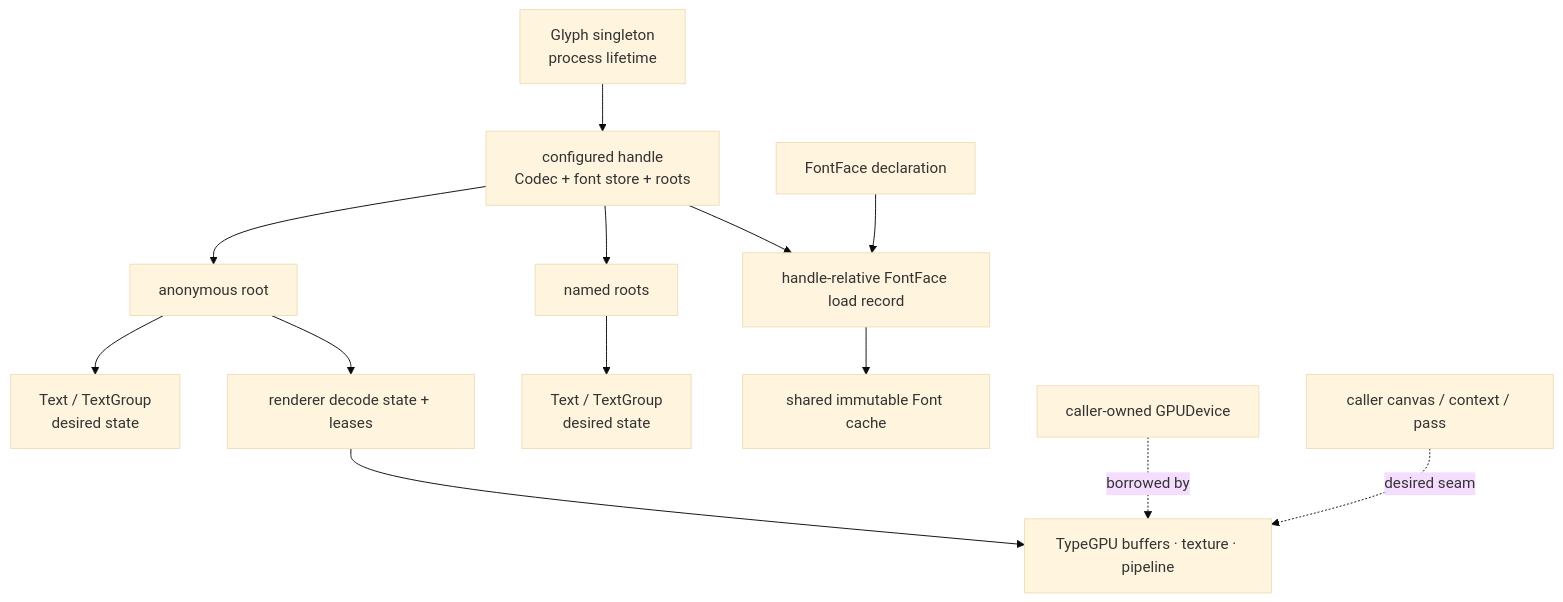
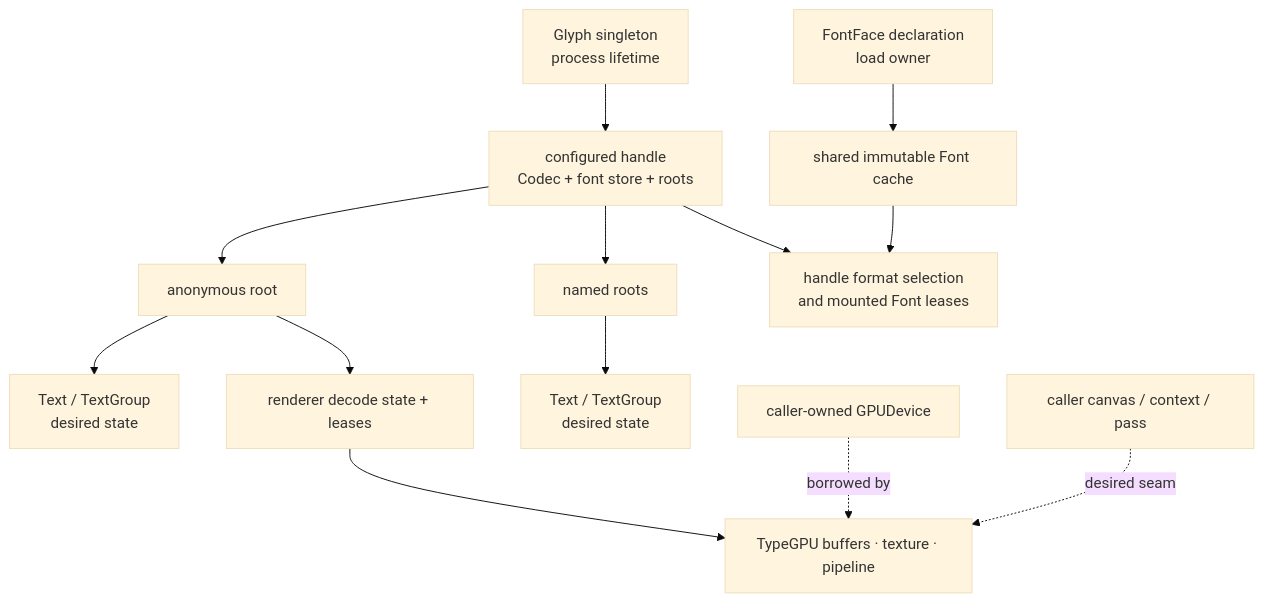
Before and after one commit to pmndrs/glyph: the fourth of 4 diagrams in docs/guides/renderer-integration.md, drawn with Mermaid (base theme). The commit also changed other lines of this file and 27 other files, not shown here.

Commit message:
refactor(glyph): canonicalize font face declarations

````diff
--- a/docs/guides/renderer-integration.md
+++ b/docs/guides/renderer-integration.md
@@ -820,15 +822,15 @@
 ```mermaid
 flowchart TD
   Glyph["Glyph singleton<br/>process lifetime"] --> Handle["configured handle<br/>Codec + font store + roots"]
   Handle --> Anonymous[anonymous root]
   Handle --> Named[named roots]
   Anonymous --> Text["Text / TextGroup<br/>desired state"]
   Named --> Text2["Text / TextGroup<br/>desired state"]
-  Handle --> FaceRecord["handle-relative FontFace load record"]
-  Face[FontFace declaration] --> FaceRecord
-  FaceRecord --> Cache["shared immutable Font cache"]
+  Face["FontFace declaration<br/>load owner"] --> Cache["shared immutable Font cache"]
+  Handle --> Binding["handle format selection<br/>and mounted Font leases"]
+  Cache --> Binding
   Anonymous --> Renderer["renderer decode state + leases"]
   Renderer --> GPU["TypeGPU buffers · texture · pipeline"]
   Device[caller-owned GPUDevice] -. borrowed by .-> GPU
   Host["caller canvas / context / pass"] -. desired seam .-> GPU
 ```
````
